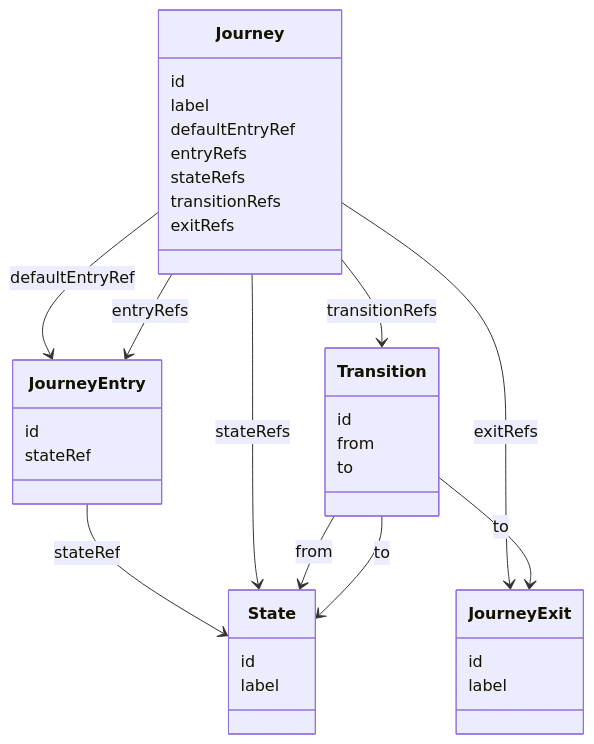
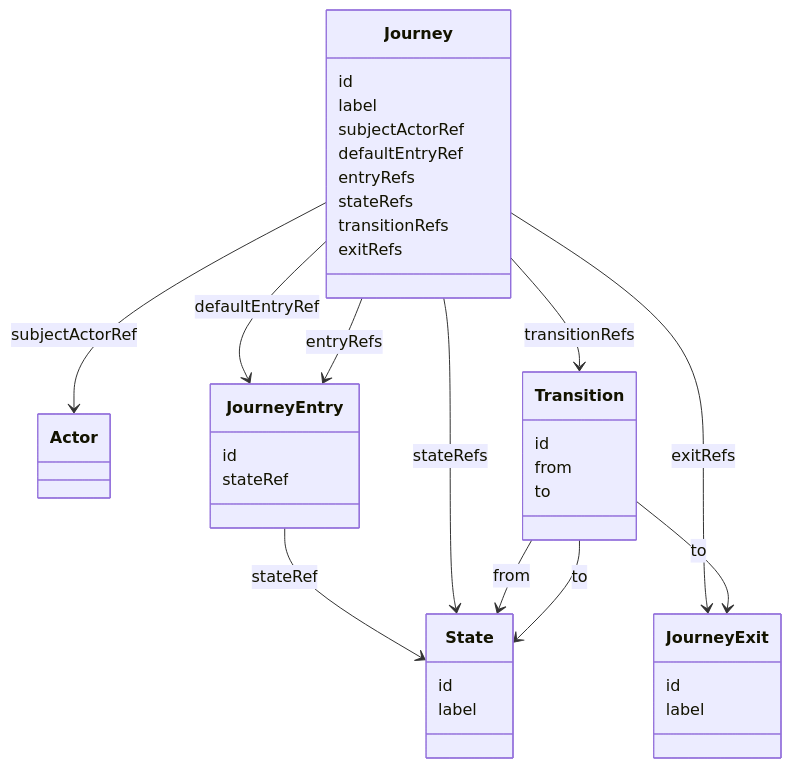
Before and after one commit to Bang2985/spec-ujg: the fourth of 13 diagrams in specs/ed/graph/index.md, drawn with Mermaid. The commit also changed other lines of this file and 61 other files, not shown here.

````diff
--- a/specs/ed/graph/index.md
+++ b/specs/ed/graph/index.md
@@ -202,43 +178,47 @@
 ```mermaid
 classDiagram
+  class Actor
+
   class Journey {
     id
     label
+    subjectActorRef
     defaultEntryRef
     entryRefs
     stateRefs
     transitionRefs
     exitRefs
   }
 
   class JourneyEntry {
     id
     stateRef
   }
 
   class State {
     id
     label
   }
 
   class JourneyExit {
     id
     label
   }
 
   class Transition {
     id
     from
     to
   }
 
+  Journey --> Actor : subjectActorRef
   Journey --> JourneyEntry : defaultEntryRef
   Journey --> JourneyEntry : entryRefs
   JourneyEntry --> State : stateRef
   Journey --> State : stateRefs
   Journey --> JourneyExit : exitRefs
   Journey --> Transition : transitionRefs
   Transition --> State : from
   Transition --> State : to
   Transition --> JourneyExit : to
 ```
````
